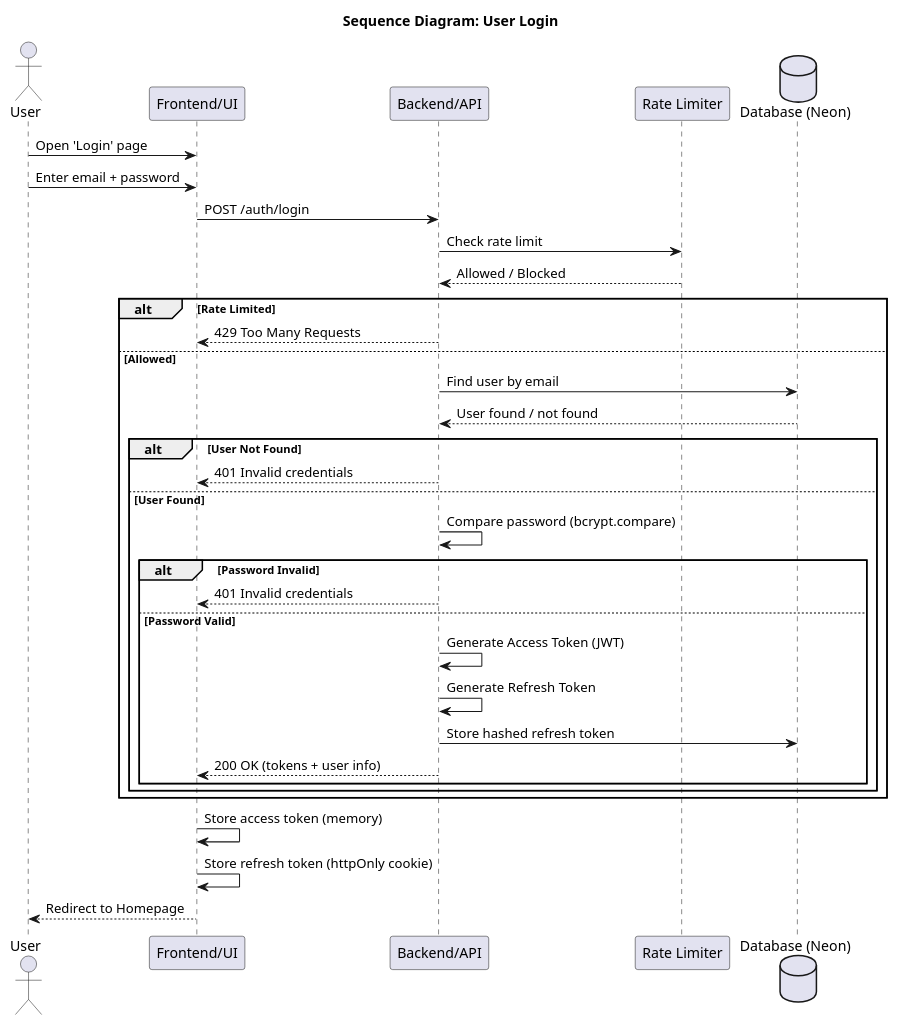
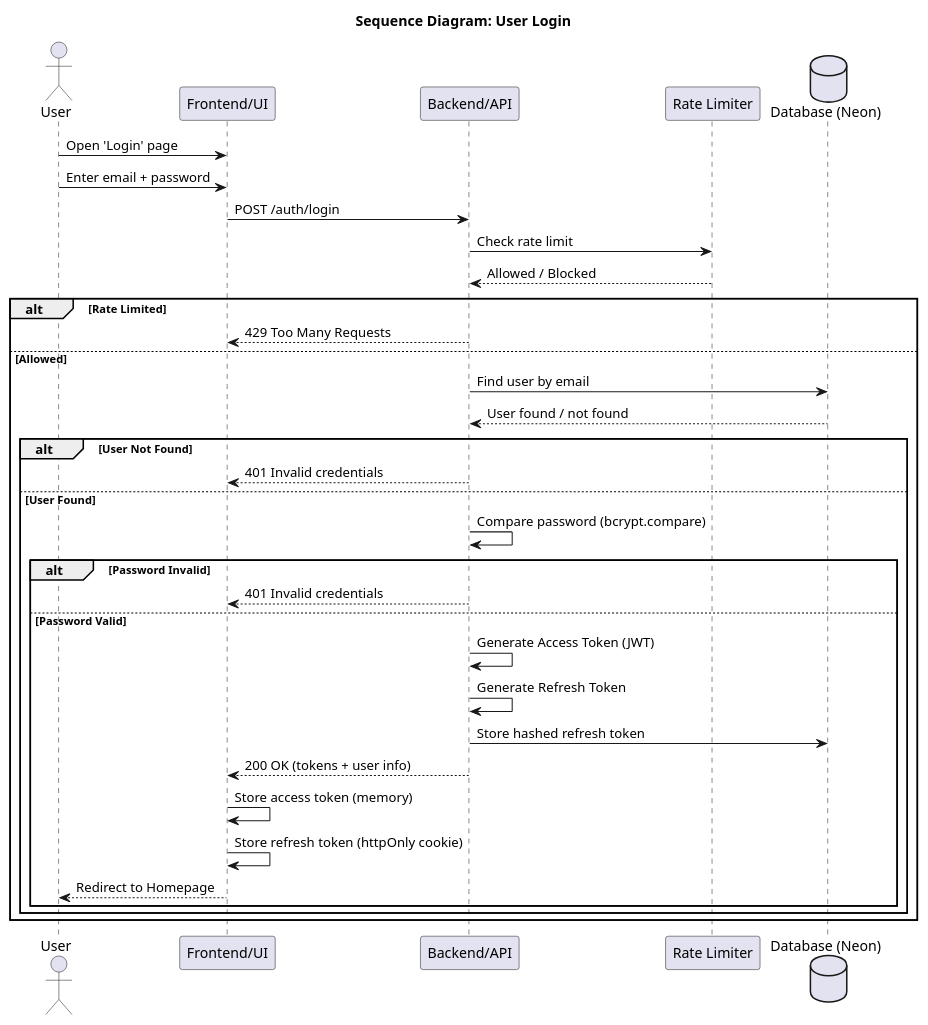
One commit to punyanuch-h/trl-research-frontend changed the diagram in sequence diagram/user/user_login.puml. Above: the diagram before and after it, drawn with PlantUML. The commit also changed 14 other files, not shown here.

```diff
--- a/sequence diagram/user/user_login.puml
+++ b/sequence diagram/user/user_login.puml
@@ -1,44 +1,43 @@
 @startuml
 title Sequence Diagram: User Login
 
 actor User
 participant "Frontend/UI" as UI
 participant "Backend/API" as API
 participant "Rate Limiter" as RL
 database "Database (Neon)" as DB
 
 User -> UI: Open 'Login' page
 
 User -> UI: Enter email + password
 UI -> API: POST /auth/login
 
 API -> RL: Check rate limit
 RL --> API: Allowed / Blocked
 
 alt Rate Limited
     API --> UI: 429 Too Many Requests
 else Allowed
     API -> DB: Find user by email
     DB --> API: User found / not found
 
     alt User Not Found
         API --> UI: 401 Invalid credentials
     else User Found
         API -> API: Compare password (bcrypt.compare)
 
         alt Password Invalid
             API --> UI: 401 Invalid credentials
         else Password Valid
             API -> API: Generate Access Token (JWT)
             API -> API: Generate Refresh Token
             API -> DB: Store hashed refresh token
             API --> UI: 200 OK (tokens + user info)
+            UI -> UI: Store access token (memory)
+            UI -> UI: Store refresh token (httpOnly cookie)
+            UI --> User: Redirect to Homepage
         end
     end
 end
 
-UI -> UI: Store access token (memory)
-UI -> UI: Store refresh token (httpOnly cookie)
-UI --> User: Redirect to Homepage
-
 @enduml
```
